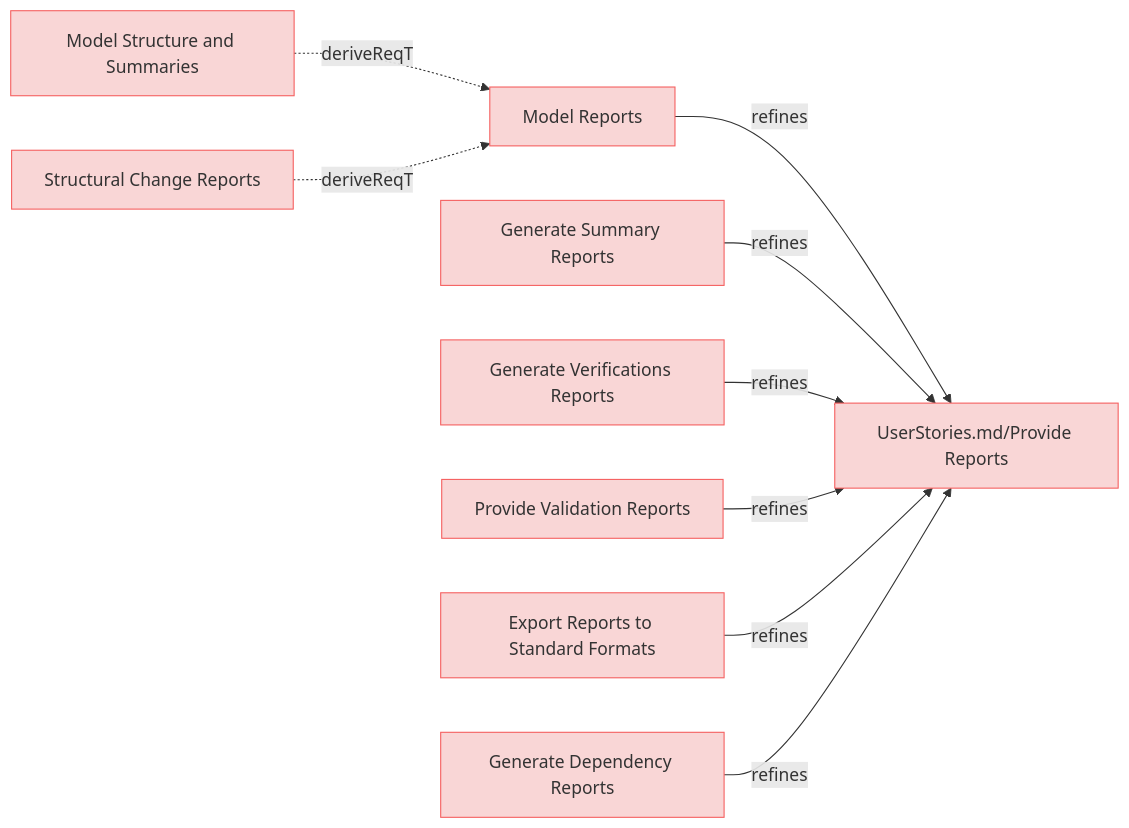
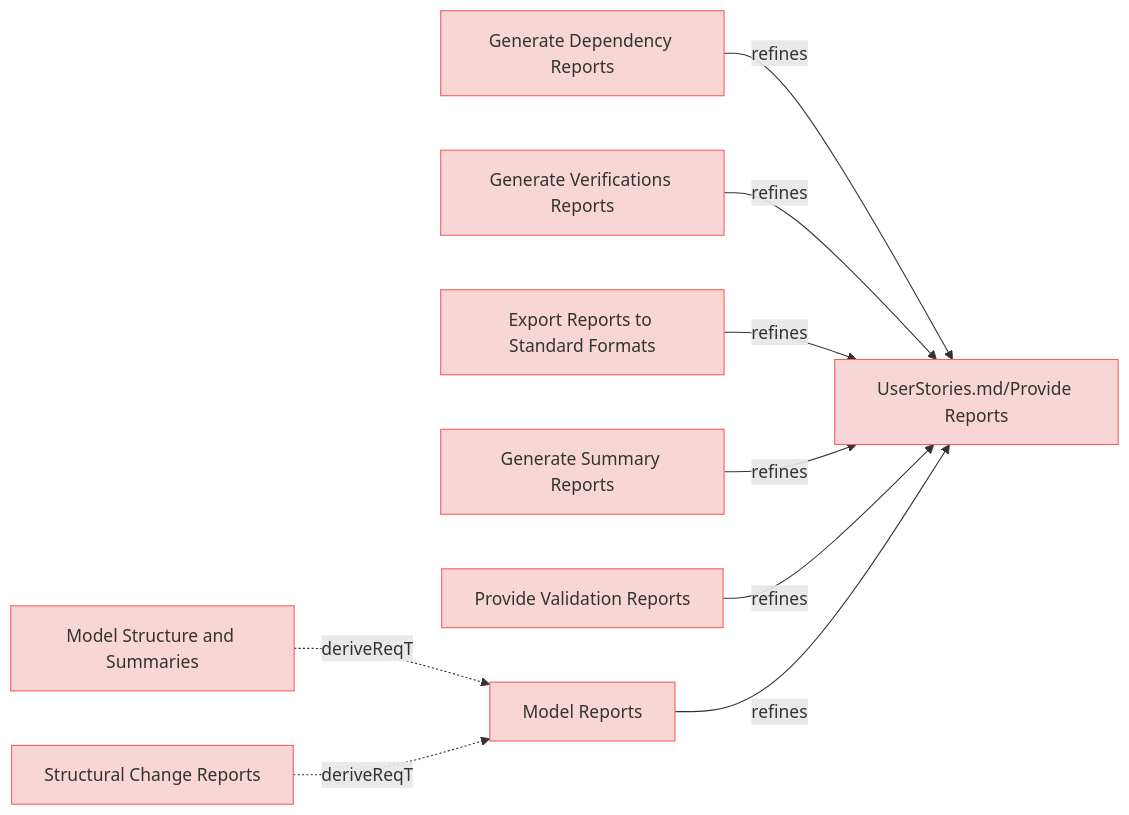
Before and after one commit to reqvire-org/reqvire: the fifth of 9 diagrams in specifications/UserRequirements.md, drawn with Mermaid. The commit also changed other lines of this file and 14 other files, not shown here.

Commit message:
Diagram fixes

````diff
--- a/specifications/UserRequirements.md
+++ b/specifications/UserRequirements.md
@@ -369,44 +369,44 @@
 ```mermaid
 graph LR;
   %% Graph styling
   classDef requirement fill:#f9d6d6,stroke:#f55f5f,stroke-width:1px;
   classDef verification fill:#d6f9d6,stroke:#5fd75f,stroke-width:1px;
   classDef externalLink fill:#d0e0ff,stroke:#3080ff,stroke-width:1px;
   classDef default fill:#f5f5f5,stroke:#333333,stroke-width:1px;
 
+  812d42f453051272["Generate Dependency Reports"];
+  click 812d42f453051272 "UserRequirements.md#generate-dependency-reports";
+  class 812d42f453051272 requirement;
+  fe32882ee273e24d["UserStories.md/Provide Reports"];
+  class fe32882ee273e24d requirement;
+  click fe32882ee273e24d "UserStories.md#provide-reports";
+  812d42f453051272 -->|refines| fe32882ee273e24d;
+  d0e9e8d143493413["Generate Verifications Reports"];
+  click d0e9e8d143493413 "UserRequirements.md#generate-verifications-reports";
+  class d0e9e8d143493413 requirement;
+  d0e9e8d143493413 -->|refines| fe32882ee273e24d;
   b342220e0dc8751d["Model Structure and Summaries"];
   click b342220e0dc8751d "UserRequirements.md#model-structure-and-summaries";
   class b342220e0dc8751d requirement;
   f8e7625d29ff6e01["Model Reports"];
   class f8e7625d29ff6e01 requirement;
   click f8e7625d29ff6e01 "UserRequirements.md#model-reports";
   b342220e0dc8751d -.->|deriveReqT| f8e7625d29ff6e01;
+  2afa7f3a206a61b7["Export Reports to Standard Formats"];
+  click 2afa7f3a206a61b7 "UserRequirements.md#export-reports-to-standard-formats";
+  class 2afa7f3a206a61b7 requirement;
+  2afa7f3a206a61b7 -->|refines| fe32882ee273e24d;
+  596c459d31db2976["Generate Summary Reports"];
+  click 596c459d31db2976 "UserRequirements.md#generate-summary-reports";
+  class 596c459d31db2976 requirement;
+  596c459d31db2976 -->|refines| fe32882ee273e24d;
+  482c757913204fb8["Provide Validation Reports"];
+  click 482c757913204fb8 "UserRequirements.md#provide-validation-reports";
+  class 482c757913204fb8 requirement;
+  482c757913204fb8 -->|refines| fe32882ee273e24d;
   32850509a034b0ee["Structural Change Reports"];
   click 32850509a034b0ee "UserRequirements.md#structural-change-reports";
   class 32850509a034b0ee requirement;
   32850509a034b0ee -.->|deriveReqT| f8e7625d29ff6e01;
-  fe32882ee273e24d["UserStories.md/Provide Reports"];
-  class fe32882ee273e24d requirement;
-  click fe32882ee273e24d "UserStories.md#provide-reports";
   f8e7625d29ff6e01 -->|refines| fe32882ee273e24d;
-  596c459d31db2976["Generate Summary Reports"];
-  click 596c459d31db2976 "UserRequirements.md#generate-summary-reports";
-  class 596c459d31db2976 requirement;
-  596c459d31db2976 -->|refines| fe32882ee273e24d;
-  d0e9e8d143493413["Generate Verifications Reports"];
-  click d0e9e8d143493413 "UserRequirements.md#generate-verifications-reports";
-  class d0e9e8d143493413 requirement;
-  d0e9e8d143493413 -->|refines| fe32882ee273e24d;
-  482c757913204fb8["Provide Validation Reports"];
-  click 482c757913204fb8 "UserRequirements.md#provide-validation-reports";
-  class 482c757913204fb8 requirement;
-  482c757913204fb8 -->|refines| fe32882ee273e24d;
-  2afa7f3a206a61b7["Export Reports to Standard Formats"];
-  click 2afa7f3a206a61b7 "UserRequirements.md#export-reports-to-standard-formats";
-  class 2afa7f3a206a61b7 requirement;
-  2afa7f3a206a61b7 -->|refines| fe32882ee273e24d;
-  812d42f453051272["Generate Dependency Reports"];
-  click 812d42f453051272 "UserRequirements.md#generate-dependency-reports";
-  class 812d42f453051272 requirement;
-  812d42f453051272 -->|refines| fe32882ee273e24d;
 ```
````
